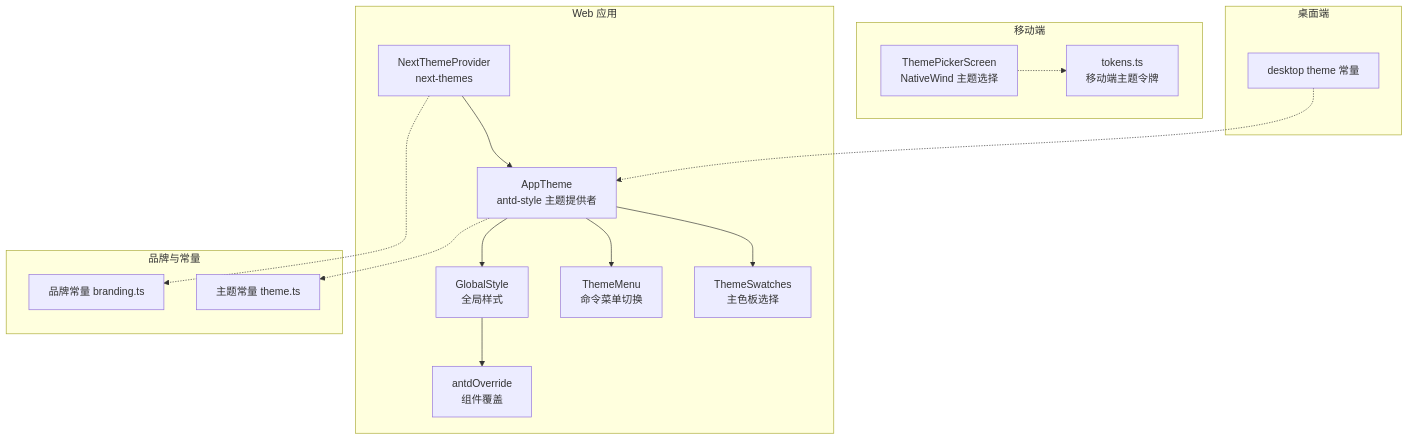
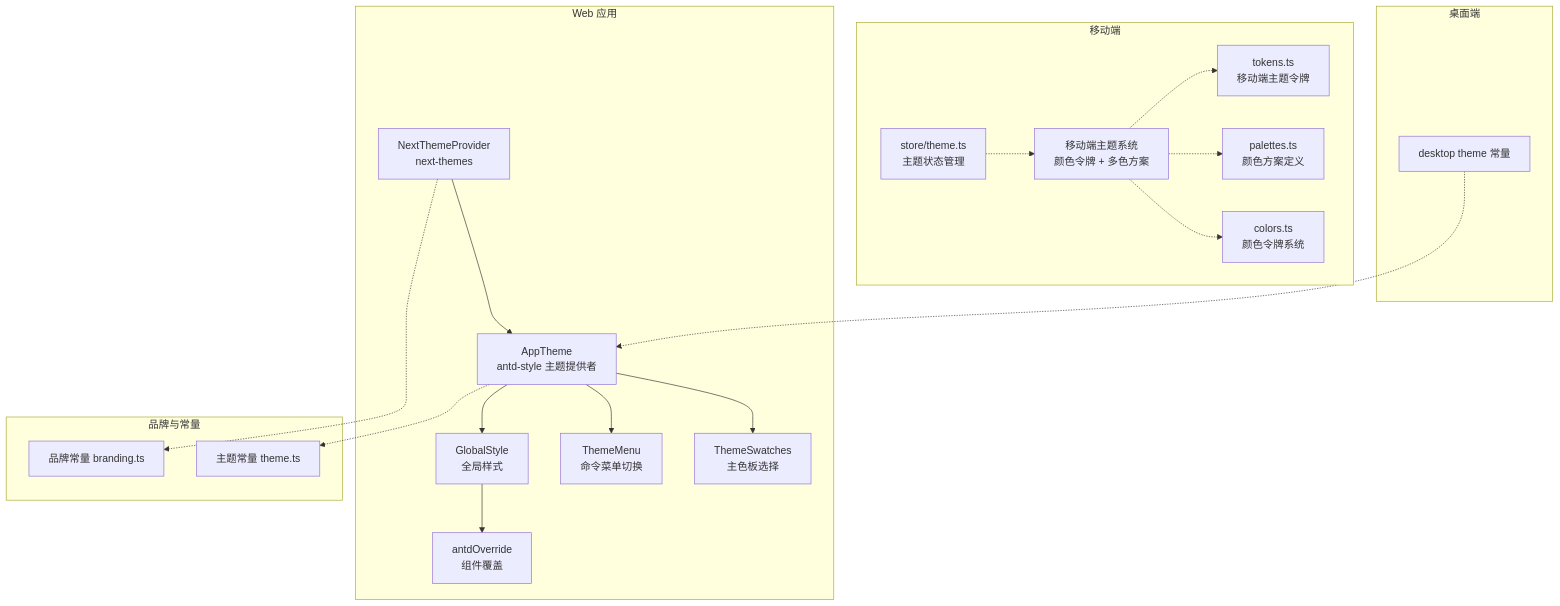
Before and after one commit to AvatoLabs/avato: the first of 7 diagrams in .qoder/repowiki/zh/content/组件系统/主题系统/主题系统.md, drawn with Mermaid. The commit also changed other lines of this file and 158 other files, not shown here.

````diff
--- a/.qoder/repowiki/zh/content/组件系统/主题系统/主题系统.md
+++ b/.qoder/repowiki/zh/content/组件系统/主题系统/主题系统.md
@@ -45,25 +58,31 @@
 ```mermaid
 graph TB
 subgraph "Web 应用"
 NTP["NextThemeProvider<br/>next-themes"] --> AT["AppTheme<br/>antd-style 主题提供者"]
 AT --> GS["GlobalStyle<br/>全局样式"]
 GS --> AO["antdOverride<br/>组件覆盖"]
 AT --> CM["ThemeMenu<br/>命令菜单切换"]
 AT --> TS["ThemeSwatches<br/>主色板选择"]
 end
 subgraph "移动端"
-RNCS["ThemePickerScreen<br/>NativeWind 主题选择"]
+RNCS["移动端主题系统<br/>颜色令牌 + 多色方案"]
 TK["tokens.ts<br/>移动端主题令牌"]
+PS["palettes.ts<br/>颜色方案定义"]
+CS["colors.ts<br/>颜色令牌系统"]
+TS2["store/theme.ts<br/>主题状态管理"]
 end
 subgraph "桌面端"
 DCT["desktop theme 常量"]
 end
 subgraph "品牌与常量"
 PCT["品牌常量 branding.ts"]
 LCT["主题常量 theme.ts"]
 end
 NTP -.-> PCT
 AT -.-> LCT
 RNCS -.-> TK
+RNCS -.-> PS
+RNCS -.-> CS
+TS2 -.-> RNCS
 DCT -.-> AT
 ```
````
